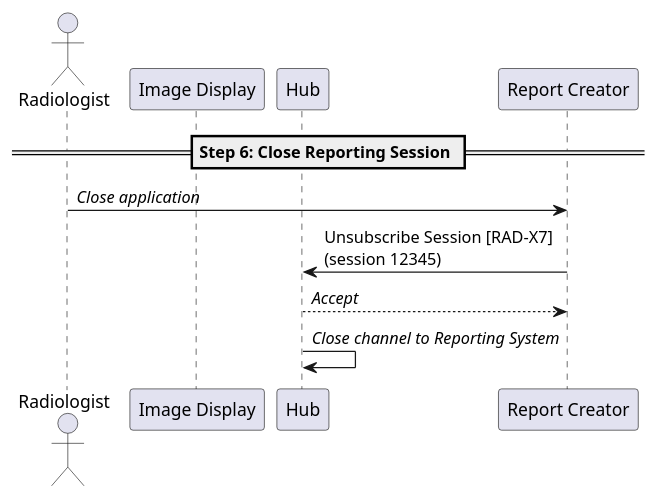
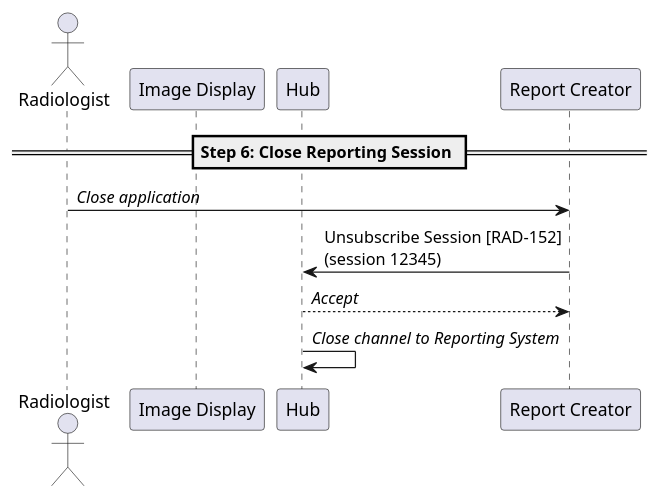
Before and after one commit to IHE/RAD.IRA: the diagram in input/images-source/step6-terminate-reporting-session.plantuml, drawn with PlantUML. The commit also changed 44 other files, not shown here.

```diff
--- a/input/images-source/step6-terminate-reporting-session.plantuml
+++ b/input/images-source/step6-terminate-reporting-session.plantuml
@@ -1,16 +1,16 @@
 @startuml
 
 actor Radiologist as User
 participant "Image Display" as PACS
 participant "Hub" as Hub
 participant "Report Creator" as Report
 
 == Step 6: Close Reporting Session ==
 
 User->Report: //Close application//
 
-Report->Hub: Unsubscribe Session [RAD-X7]\n(session 12345)
+Report->Hub: Unsubscribe Session [RAD-152]\n(session 12345)
 Hub-->Report: //Accept//
 Hub->Hub: //Close channel to Reporting System//
 
 @enduml
```
